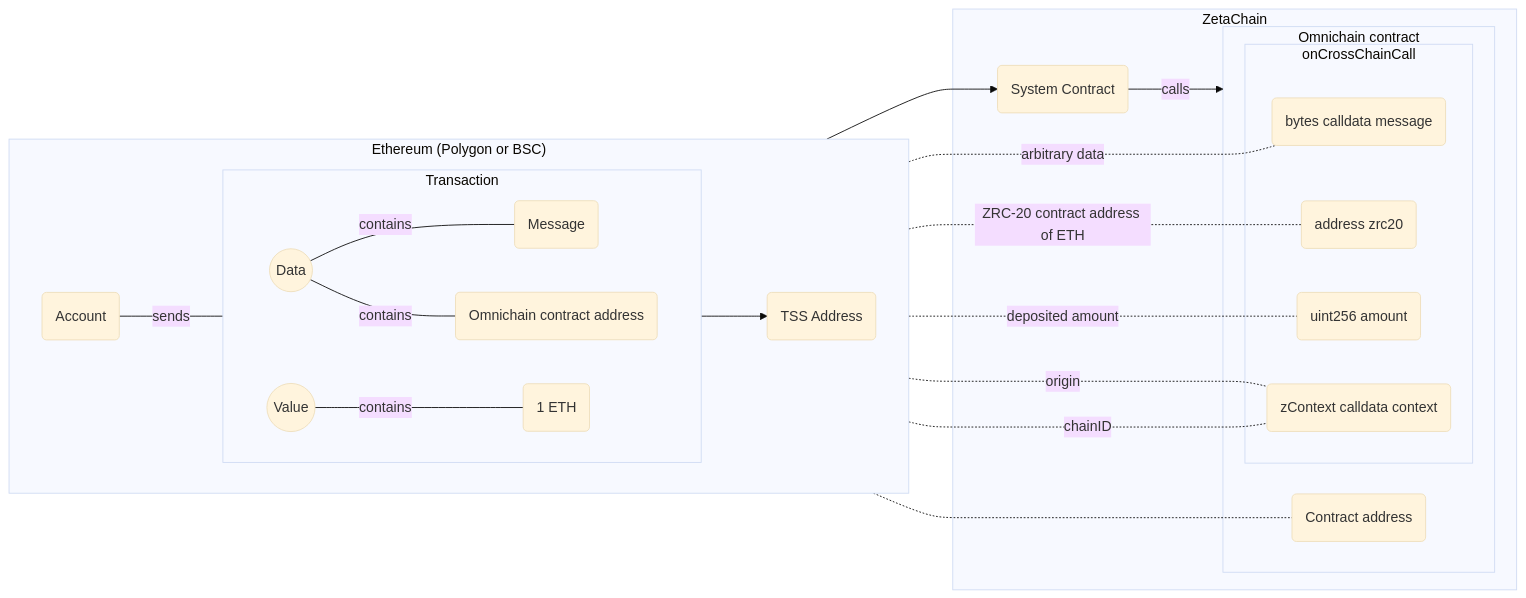
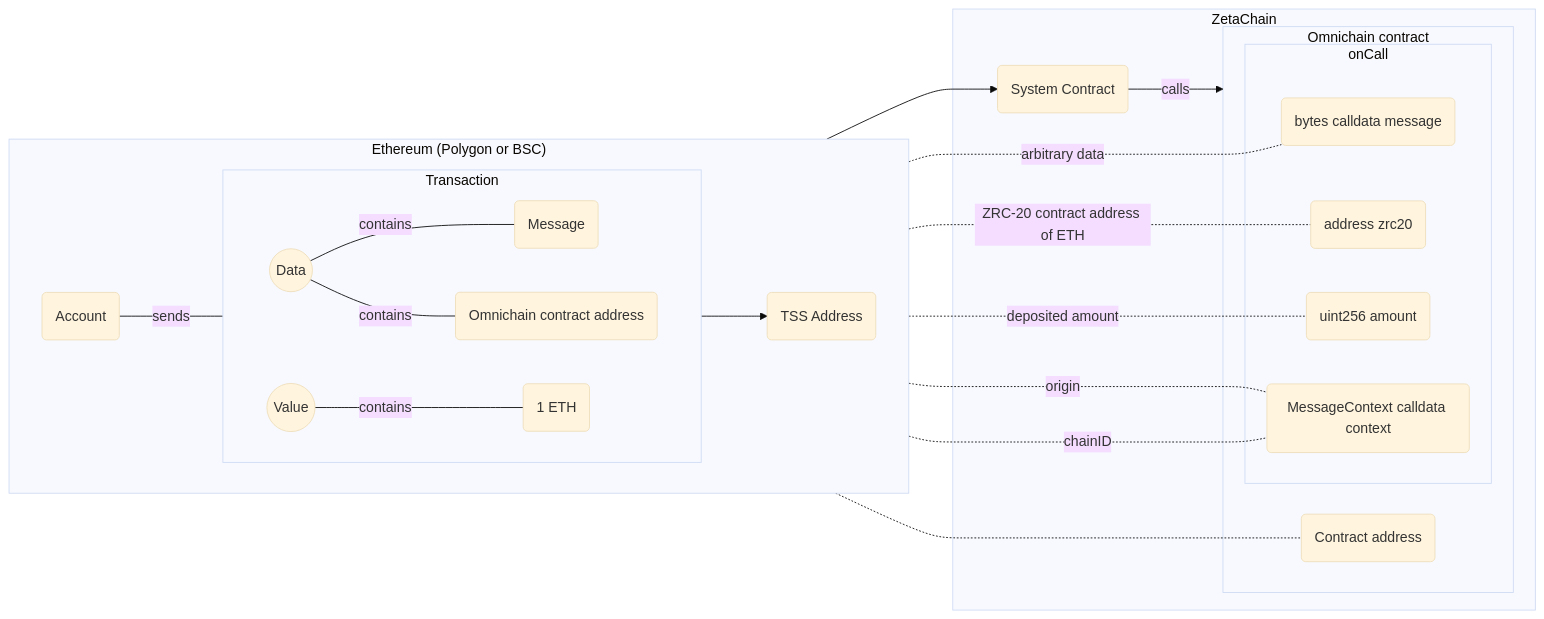
One commit to zeta-chain/docs changed the first of 2 diagrams in src/pages/developers/tokens/zrc20.mdx. Above: the diagram before and after it, drawn with Mermaid (base theme). The commit also changed other lines of this file and 5 other files, not shown here.

Commit message:
replace onCrossChainCall with onCall

````diff
--- a/src/pages/developers/tokens/zrc20.mdx
+++ b/src/pages/developers/tokens/zrc20.mdx
@@ -74,34 +74,34 @@
 ```mermaid
 flowchart LR
   subgraph Ethereum ["Ethereum (Polygon or BSC)"]
     direction LR
     subgraph send ["Transaction"]
       direction LR
       Data -- contains --- Message("Message")
       Data((Data)) -- contains --- address("Omnichain contract address")
       Value((Value)) -- contains --- eth("1 ETH")
     end
     account("Account") -- sends --- send
     send --> TSS("TSS Address")
   end
   subgraph ZetaChain
     SystemContract("System Contract")
     subgraph contract ["Omnichain contract"]
       addr("Contract address")
-      subgraph onCrossChainCall
+      subgraph onCall
         msg("bytes calldata message")
         zrc20("address zrc20")
         amount("uint256 amount")
-        context("zContext calldata context")
+        context("MessageContext calldata context")
       end
     end
   end
   TSS --> SystemContract
   SystemContract -- calls --> contract
   address -.- addr
   eth -. ZRC-20 contract address of ETH .- zrc20
   eth -. deposited amount .- amount
   Ethereum -. chainID .- context
   Message -. arbitrary data .- msg
   account -. "origin" .- context
 ```
````
